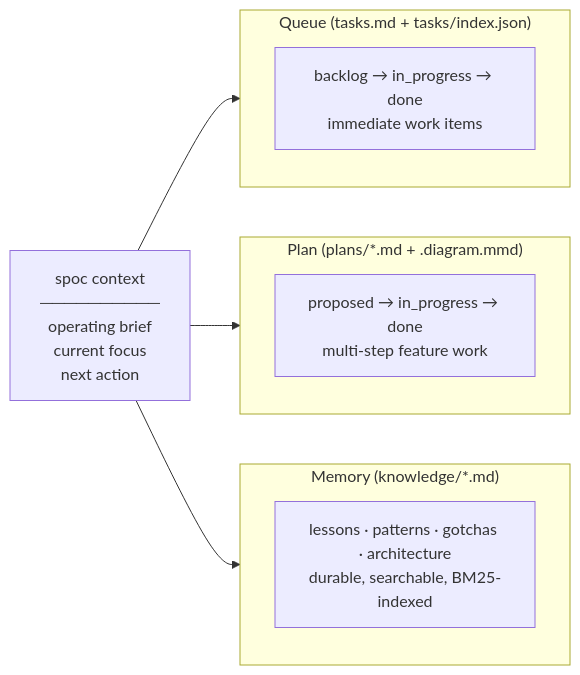
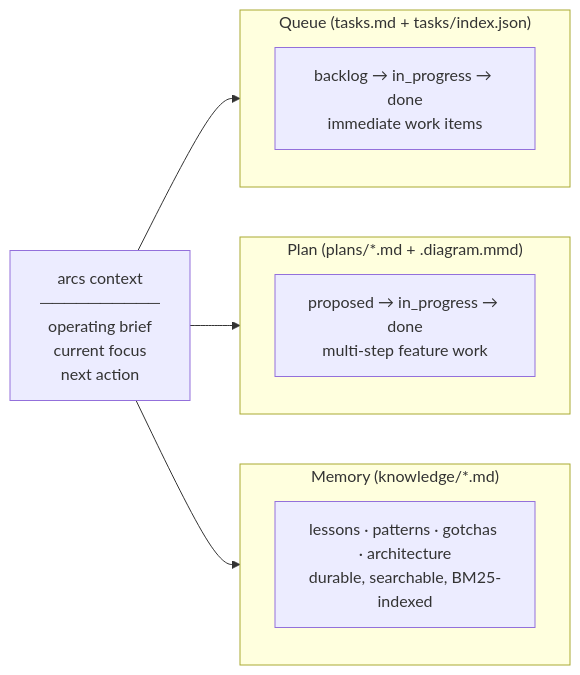
The first of 2 diagrams in README.md (rryando/SPOC), drawn with Mermaid before and after one commit. The commit also changed other lines of this file and 190 other files, not shown here.

First line of the commit message:
feat!: rebrand SPOC → ARCS, publish as @rryando/arcs

````diff
--- a/README.md
+++ b/README.md
@@ -13,18 +15,18 @@
 ```mermaid
 graph LR
-    CTX["spoc context\n──────────\noperating brief\ncurrent focus\nnext action"]
+    CTX["arcs context\n──────────\noperating brief\ncurrent focus\nnext action"]
 
     subgraph Q["Queue  (tasks.md + tasks/index.json)"]
         QD["backlog → in_progress → done\nimmediate work items"]
     end
     subgraph P["Plan  (plans/*.md + .diagram.mmd)"]
         PD["proposed → in_progress → done\nmulti-step feature work"]
     end
     subgraph M["Memory  (knowledge/*.md)"]
         MD["lessons · patterns · gotchas · architecture\ndurable, searchable, BM25-indexed"]
     end
 
     CTX --> Q
     CTX --> P
     CTX --> M
 ```
````
